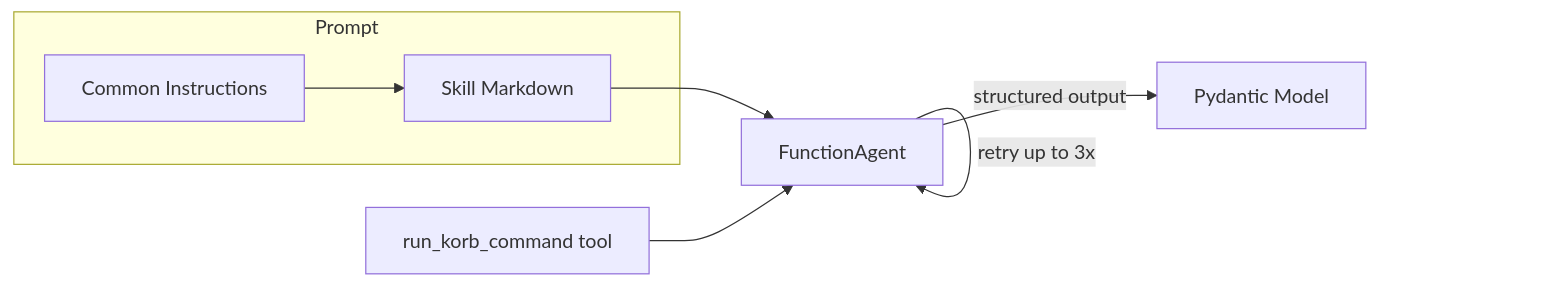
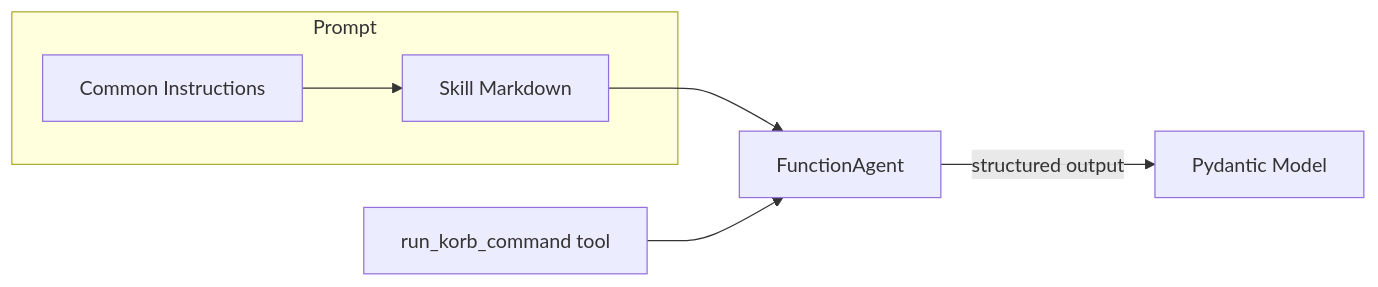
Before and after one commit to malvavisc0/korbpuls: the first of 5 diagrams in src/korbpuls/ai/skills/README.md, drawn with Mermaid. The commit also changed other lines of this file and 2 other files, not shown here.

````diff
--- a/src/korbpuls/ai/skills/README.md
+++ b/src/korbpuls/ai/skills/README.md
@@ -15,10 +15,9 @@
 ```mermaid
 graph LR
     subgraph Prompt
         CM[Common Instructions] --> SK[Skill Markdown]
     end
     SK --> AG[FunctionAgent]
     TO[run_korb_command tool] --> AG
     AG -->|structured output| PY[Pydantic Model]
-    AG -->|retry up to 3x| AG
 ```
````
